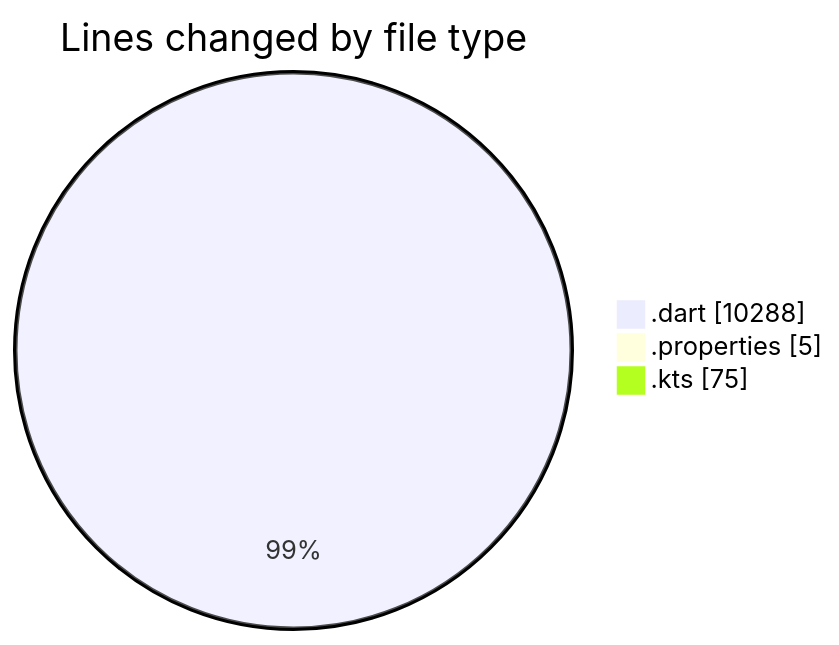
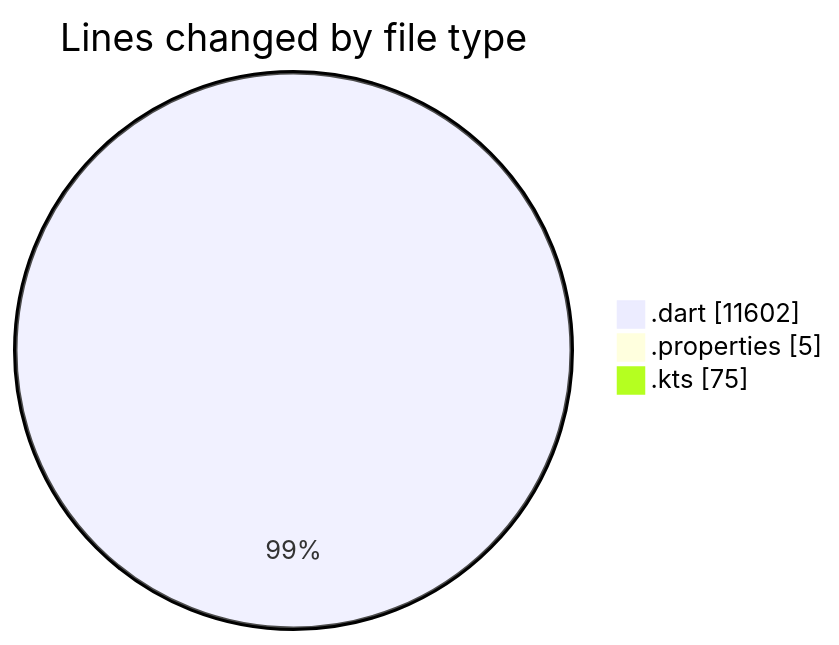
The first of 2 diagrams in 2025-08-25/studybuddy/README.md (lephambinh05/code-tracking), drawn with Mermaid before and after one commit. The commit also changed other lines of this file and 1 other file, not shown here.

````diff
--- a/2025-08-25/studybuddy/README.md
+++ b/2025-08-25/studybuddy/README.md
@@ -48,7 +49,7 @@
 ```mermaid
 pie showData
 title Lines changed by file type
-".dart" : 10288
+".dart" : 11602
 ".properties" : 5
 ".kts" : 75
 ```
````
